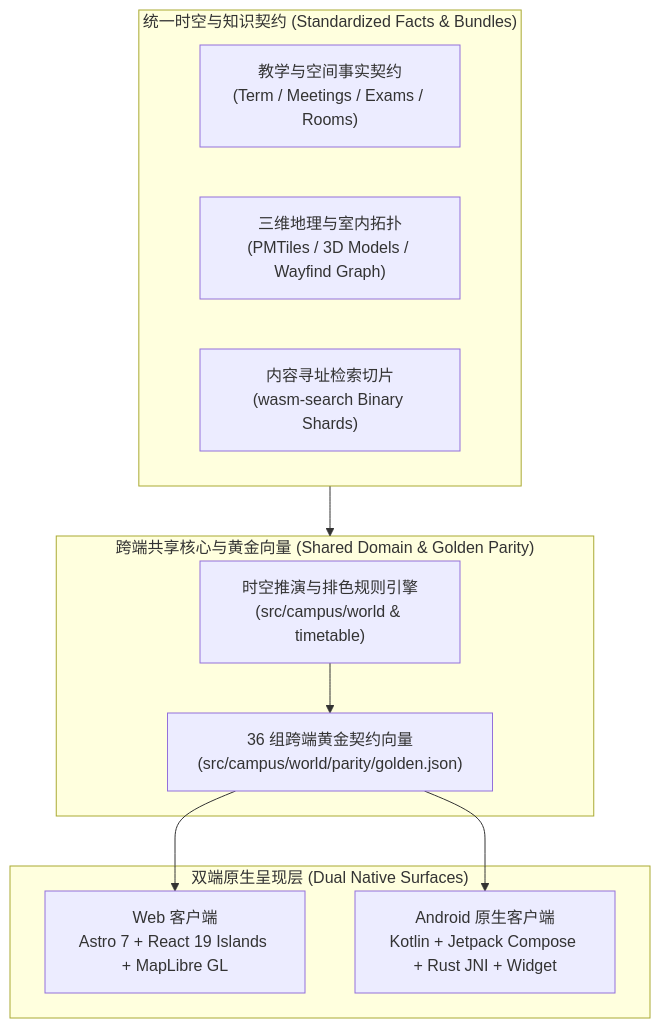
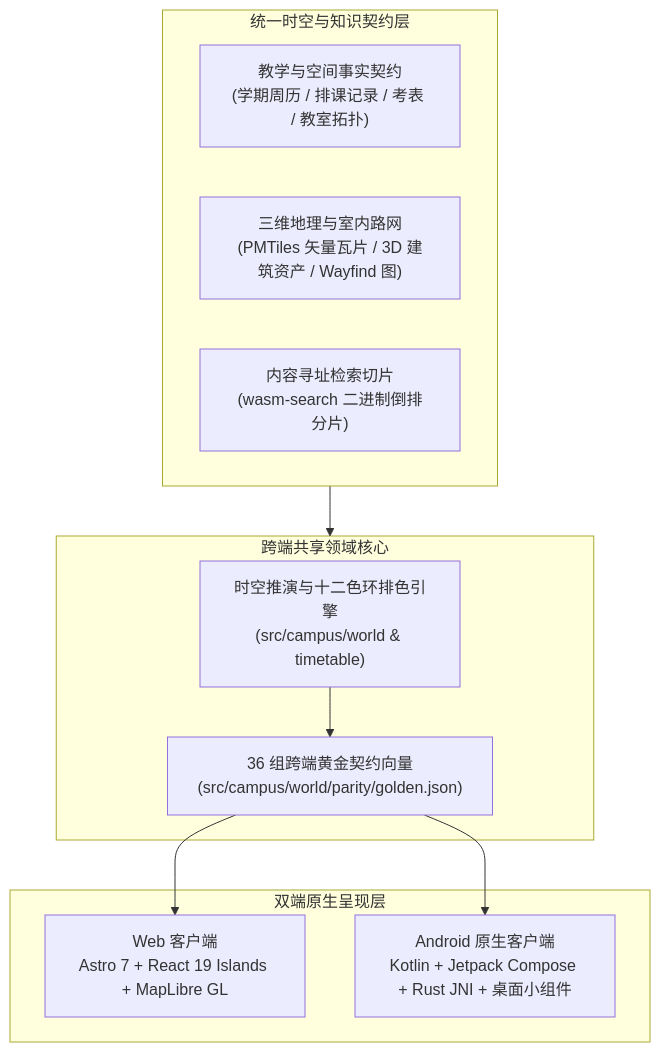
One commit to NJUPT-CS-StuDev/studev changed the diagram in README.md. Above: the diagram before and after it, drawn with Mermaid. The commit also changed other lines of this file and 6 other files, not shown here.

````diff
--- a/README.md
+++ b/README.md
@@ -69,23 +109,23 @@
 ```mermaid
 flowchart TB
-    subgraph Contract["统一时空与知识契约 (Standardized Facts & Bundles)"]
-        FACTS["教学与空间事实契约<br/>(Term / Meetings / Exams / Rooms)"]
-        SPACE["三维地理与室内拓扑<br/>(PMTiles / 3D Models / Wayfind Graph)"]
-        INDEX["内容寻址检索切片<br/>(wasm-search Binary Shards)"]
+    subgraph Contract["统一时空与知识契约层"]
+        FACTS["教学与空间事实契约<br/>(学期周历 / 排课记录 / 考表 / 教室拓扑)"]
+        SPACE["三维地理与室内路网<br/>(PMTiles 矢量瓦片 / 3D 建筑资产 / Wayfind 图)"]
+        INDEX["内容寻址检索切片<br/>(wasm-search 二进制倒排分片)"]
     end
 
-    subgraph Core["跨端共享核心与黄金向量 (Shared Domain & Golden Parity)"]
-        DOMAIN["时空推演与排色规则引擎<br/>(src/campus/world & timetable)"]
+    subgraph Core["跨端共享领域核心"]
+        DOMAIN["时空推演与十二色环排色引擎<br/>(src/campus/world & timetable)"]
         PARITY["36 组跨端黄金契约向量<br/>(src/campus/world/parity/golden.json)"]
         DOMAIN --> PARITY
     end
 
-    subgraph Surfaces["双端原生呈现层 (Dual Native Surfaces)"]
+    subgraph Surfaces["双端原生呈现层"]
         WEB["Web 客户端<br/>Astro 7 + React 19 Islands + MapLibre GL"]
-        ANDROID["Android 原生客户端<br/>Kotlin + Jetpack Compose + Rust JNI + Widget"]
+        ANDROID["Android 原生客户端<br/>Kotlin + Jetpack Compose + Rust JNI + 桌面小组件"]
     end
 
     Contract --> Core
     PARITY --> WEB
     PARITY --> ANDROID
 ```
````
